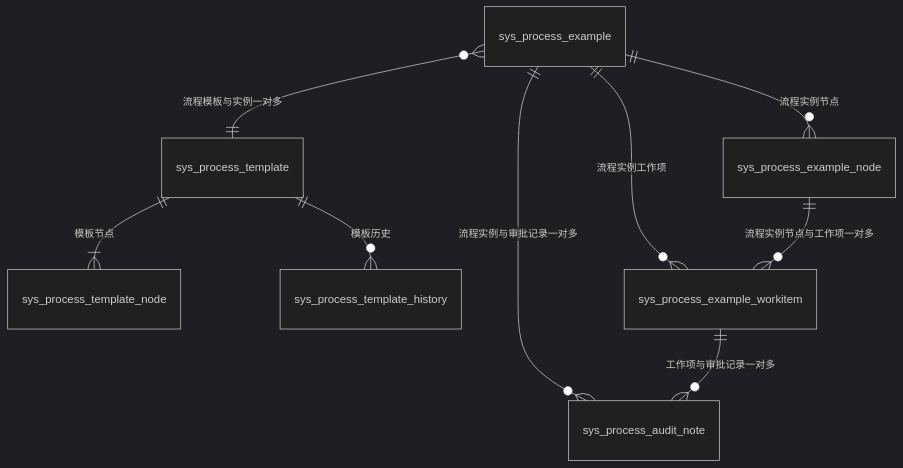
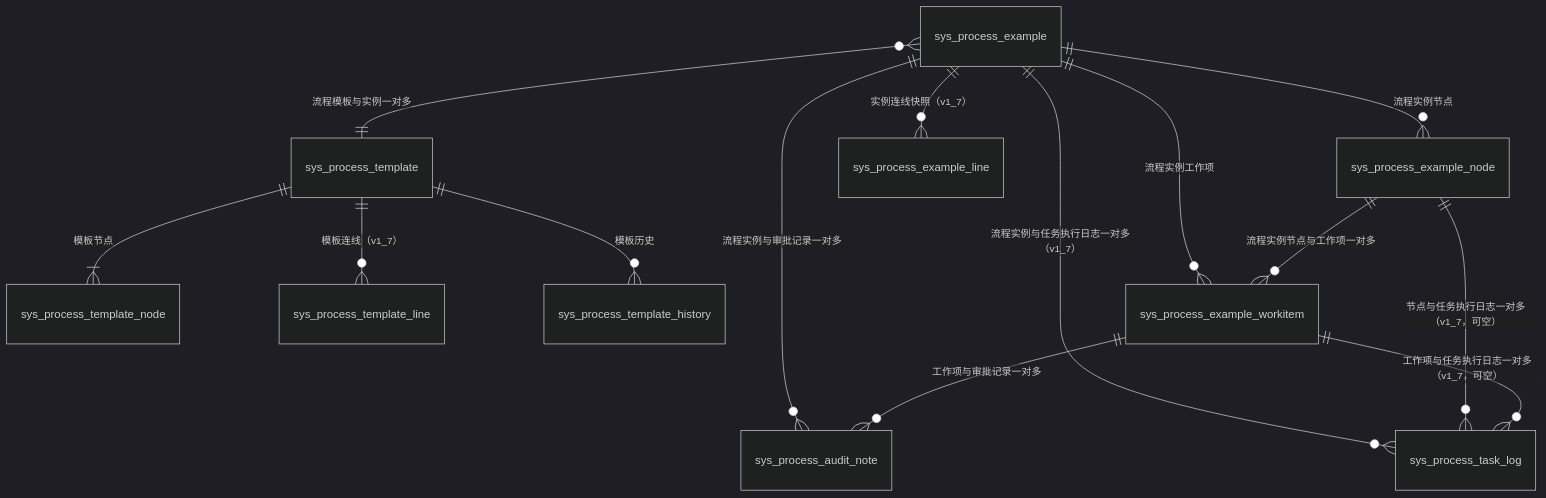
Before and after one commit to EricChoiXC/CommonSystem: the second of 2 diagrams in docs/设计文档/sys/process/流程表结构.md, drawn with Mermaid (dark theme). The commit also changed other lines of this file and 3 other files, not shown here.

````diff
--- a/docs/设计文档/sys/process/流程表结构.md
+++ b/docs/设计文档/sys/process/流程表结构.md
@@ -88,11 +133,16 @@
 ```mermaid
 erDiagram
     sys_process_template ||--|{ sys_process_template_node : "模板节点"
+    sys_process_template ||--o{ sys_process_template_line : "模板连线（v1_7）"
     sys_process_template ||--o{ sys_process_template_history : "模板历史"
     sys_process_example }o--|| sys_process_template : "流程模板与实例一对多"
     sys_process_example ||--o{ sys_process_example_node : "流程实例节点"
+    sys_process_example ||--o{ sys_process_example_line : "实例连线快照（v1_7）"
     sys_process_example ||--o{ sys_process_example_workitem : "流程实例工作项"
     sys_process_example_node ||--o{ sys_process_example_workitem : "流程实例节点与工作项一对多"
     sys_process_example ||--o{ sys_process_audit_note : "流程实例与审批记录一对多"
     sys_process_example_workitem ||--o{ sys_process_audit_note : "工作项与审批记录一对多"
+    sys_process_example ||--o{ sys_process_task_log : "流程实例与任务执行日志一对多（v1_7）"
+    sys_process_example_node ||--o{ sys_process_task_log : "节点与任务执行日志一对多（v1_7，可空）"
+    sys_process_example_workitem ||--o{ sys_process_task_log : "工作项与任务执行日志一对多（v1_7，可空）"
 ```
````
